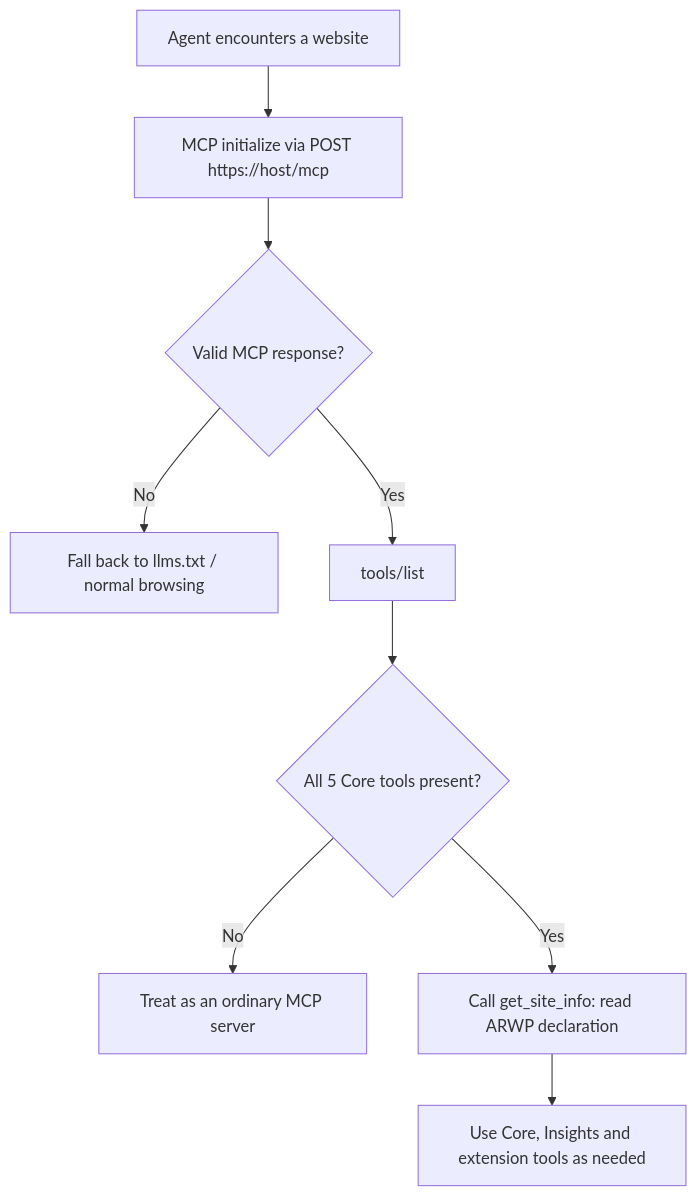
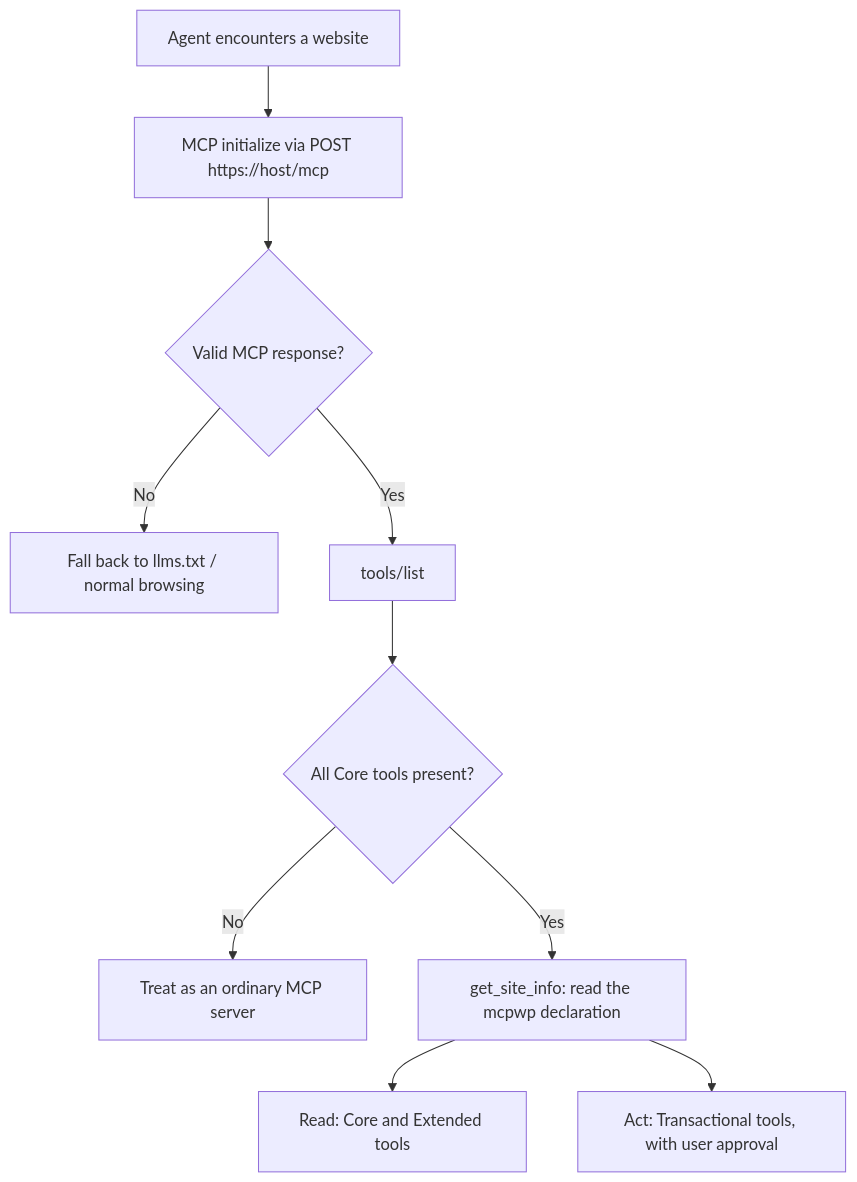
One commit to OllieinCanada/website-mcp-standard changed the first of 2 diagrams in SPECIFICATION.md. Above: the diagram before and after it, drawn with Mermaid. The commit also changed other lines of this file and 60 other files, not shown here.

First line of the commit message:
Rename to MCP Website Profile (MCP-WP) with Core, Extended and Transactional levels

````diff
--- a/SPECIFICATION.md
+++ b/SPECIFICATION.md
@@ -164,11 +174,12 @@
 ```mermaid
 flowchart TD
     A[Agent encounters a website] --> B[MCP initialize via POST https://host/mcp]
     B --> C{Valid MCP response?}
     C -- No --> D[Fall back to llms.txt / normal browsing]
     C -- Yes --> E[tools/list]
-    E --> F{All 5 Core tools present?}
+    E --> F{All Core tools present?}
     F -- No --> G[Treat as an ordinary MCP server]
-    F -- Yes --> H[Call get_site_info: read ARWP declaration]
-    H --> I[Use Core, Insights and extension tools as needed]
+    F -- Yes --> H[get_site_info: read the mcpwp declaration]
+    H --> I[Read: Core and Extended tools]
+    H --> J[Act: Transactional tools, with user approval]
 ```
````
